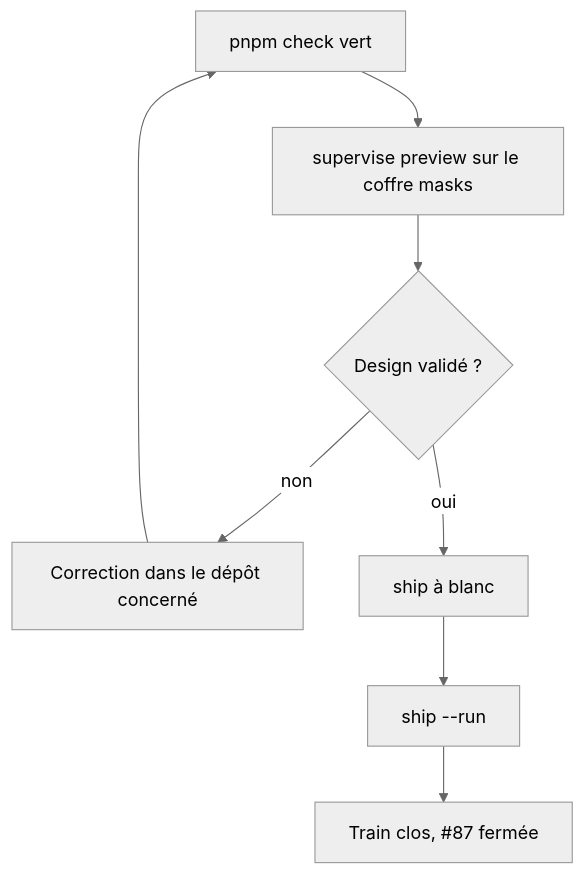
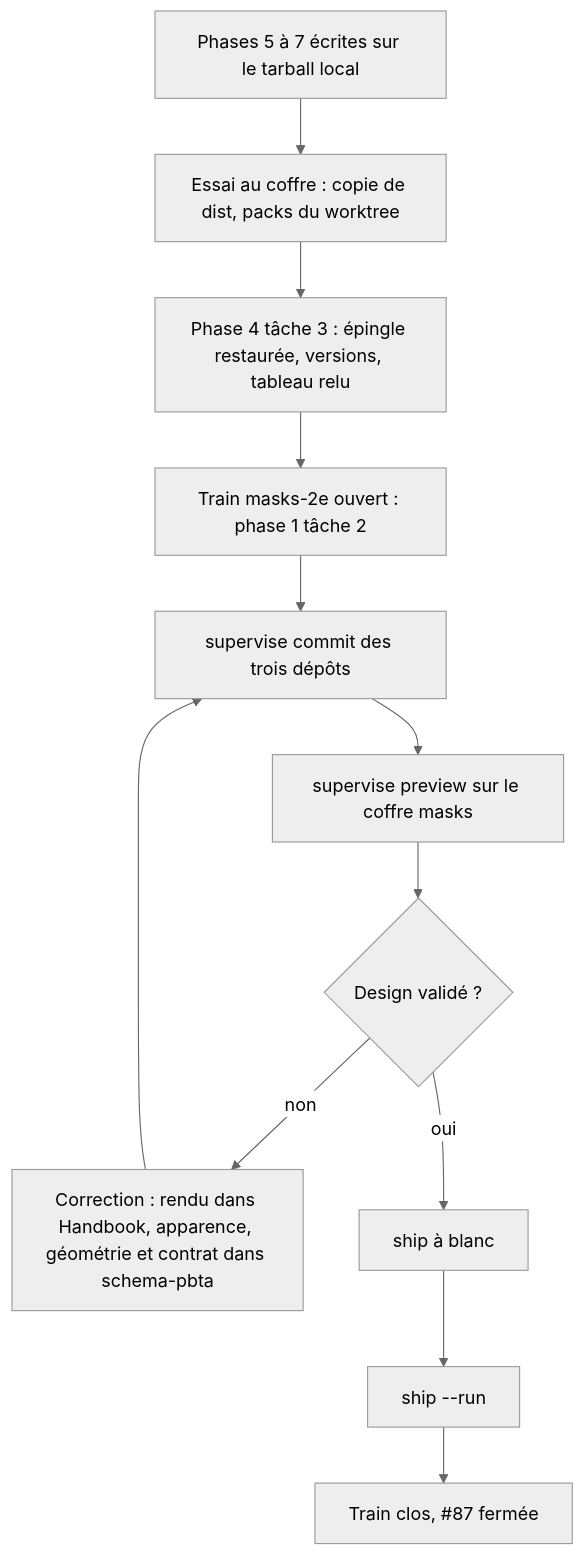
One commit to RebelliousSmile/obsidian-handbook changed the first of 2 diagrams in aidd_docs/tasks/2026_10/2026_10_07_masks-2e-integration/phase-8.md. Above: the diagram before and after it, drawn with Mermaid (neutral theme). The commit also changed other lines of this file and 39 other files, not shown here.

````diff
--- a/aidd_docs/tasks/2026_10/2026_10_07_masks-2e-integration/phase-8.md
+++ b/aidd_docs/tasks/2026_10/2026_10_07_masks-2e-integration/phase-8.md
@@ -25,10 +25,14 @@
 ```mermaid
 flowchart TD
-  A[pnpm check vert] --> B[supervise preview sur le coffre masks]
+  Z[Phases 5 à 7 écrites sur le tarball local] --> Y[Essai au coffre : copie de dist, packs du worktree]
+  Y --> X[Phase 4 tâche 3 : épingle restaurée, versions, tableau relu]
+  X --> O[Train masks-2e ouvert : phase 1 tâche 2]
+  O --> A2[supervise commit des trois dépôts]
+  A2 --> B[supervise preview sur le coffre masks]
   B --> C{Design validé ?}
-  C -->|non| D[Correction dans le dépôt concerné]
-  D --> A
+  C -->|non| D[Correction : rendu dans Handbook, apparence, géométrie et contrat dans schema-pbta]
+  D --> A2
   C -->|oui| E[ship à blanc]
   E --> F[ship --run]
   F --> G[Train clos, #87 fermée]
 ```
````
